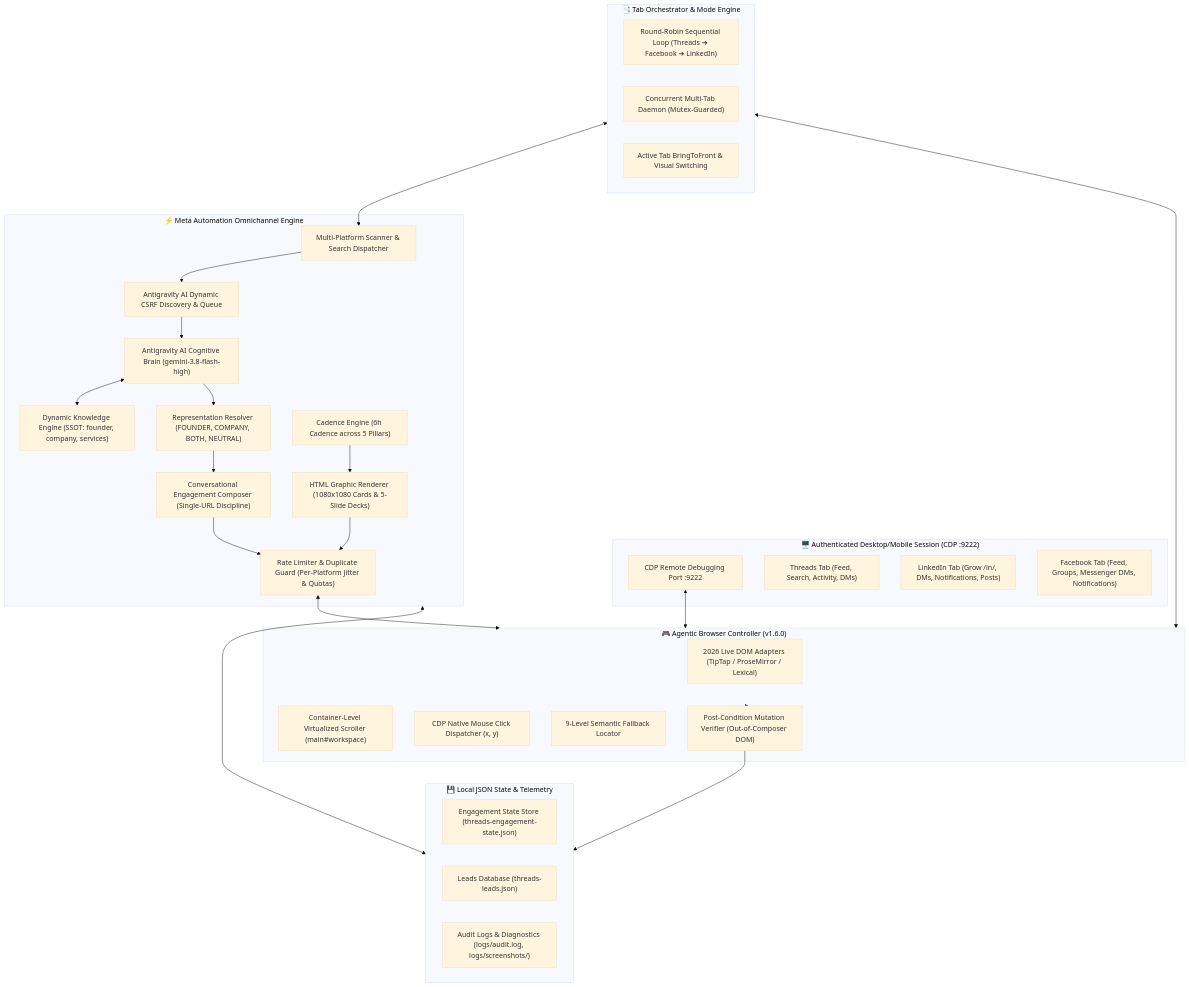
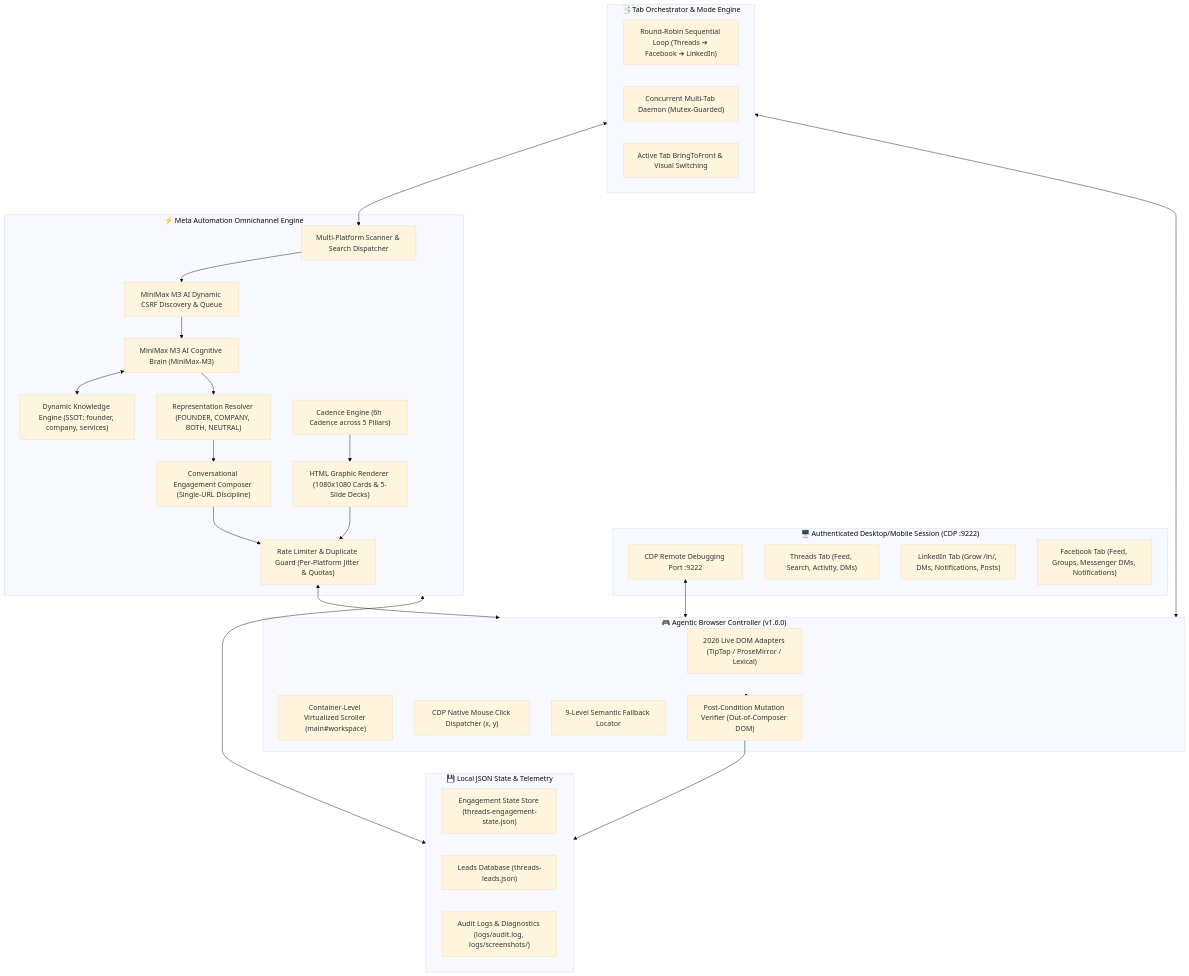
Before and after one commit to sunmughan/meta-automation: the diagram in README.md, drawn with Mermaid (base theme). The commit also changed other lines of this file, not shown here.

Commit message:
Clean MiniMax migration references in README.md

````diff
--- a/README.md
+++ b/README.md
@@ -40,57 +39,57 @@
 ```mermaid
 flowchart TB
     subgraph Browser ["🖥️ Authenticated Desktop/Mobile Session (CDP :9222)"]
         CDP["CDP Remote Debugging Port :9222"]
         Threads["Threads Tab (Feed, Search, Activity, DMs)"]
         LinkedIn["LinkedIn Tab (Grow /in/, DMs, Notifications, Posts)"]
         Facebook["Facebook Tab (Feed, Groups, Messenger DMs, Notifications)"]
     end
 
     subgraph BrowserController ["🎮 Agentic Browser Controller (v1.6.0)"]
         DOMAdapter["2026 Live DOM Adapters (TipTap / ProseMirror / Lexical)"]
         ContainerScroll["Container-Level Virtualized Scroller (main#workspace)"]
         NativeMouse["CDP Native Mouse Click Dispatcher (x, y)"]
         SemanticResolver["9-Level Semantic Fallback Locator"]
         ActionVerifier["Post-Condition Mutation Verifier (Out-of-Composer DOM)"]
     end
 
     subgraph TabManager ["📑 Tab Orchestrator & Mode Engine"]
         RoundRobin["Round-Robin Sequential Loop (Threads ➔ Facebook ➔ LinkedIn)"]
         Concurrent["Concurrent Multi-Tab Daemon (Mutex-Guarded)"]
         VisualFocus["Active Tab BringToFront & Visual Switching"]
     end
 
     subgraph CoreEngine ["⚡ Meta Automation Omnichannel Engine"]
         Scanner["Multi-Platform Scanner & Search Dispatcher"]
-        AiQueue["Antigravity AI Dynamic CSRF Discovery & Queue"]
-        AIBrain["Antigravity AI Cognitive Brain (gemini-3.8-flash-high)"]
+        AiQueue["MiniMax M3 AI Dynamic CSRF Discovery & Queue"]
+        AIBrain["MiniMax M3 AI Cognitive Brain (MiniMax-M3)"]
         Knowledge["Dynamic Knowledge Engine (SSOT: founder, company, services)"]
         Identity["Representation Resolver (FOUNDER, COMPANY, BOTH, NEUTRAL)"]
         Composer["Conversational Engagement Composer (Single-URL Discipline)"]
         Renderer["HTML Graphic Renderer (1080x1080 Cards & 5-Slide Decks)"]
         Scheduler["Cadence Engine (6h Cadence across 5 Pillars)"]
         Safety["Rate Limiter & Duplicate Guard (Per-Platform Jitter & Quotas)"]
     end
 
     subgraph StateStorage ["💾 Local JSON State & Telemetry"]
         State["Engagement State Store (threads-engagement-state.json)"]
         Leads["Leads Database (threads-leads.json)"]
         Audit["Audit Logs & Diagnostics (logs/audit.log, logs/screenshots/)"]
     end
 
     CDP <--> BrowserController
     BrowserController <--> TabManager
     TabManager <--> Scanner
     Scanner --> AiQueue
     AiQueue --> AIBrain
     AIBrain <--> Knowledge
     AIBrain --> Identity
     Identity --> Composer
     Composer --> Safety
     Scheduler --> Renderer
     Renderer --> Safety
     Safety <--> BrowserController
     CoreEngine <--> StateStorage
     BrowserController --> ActionVerifier
     ActionVerifier --> StateStorage
 ```
````
